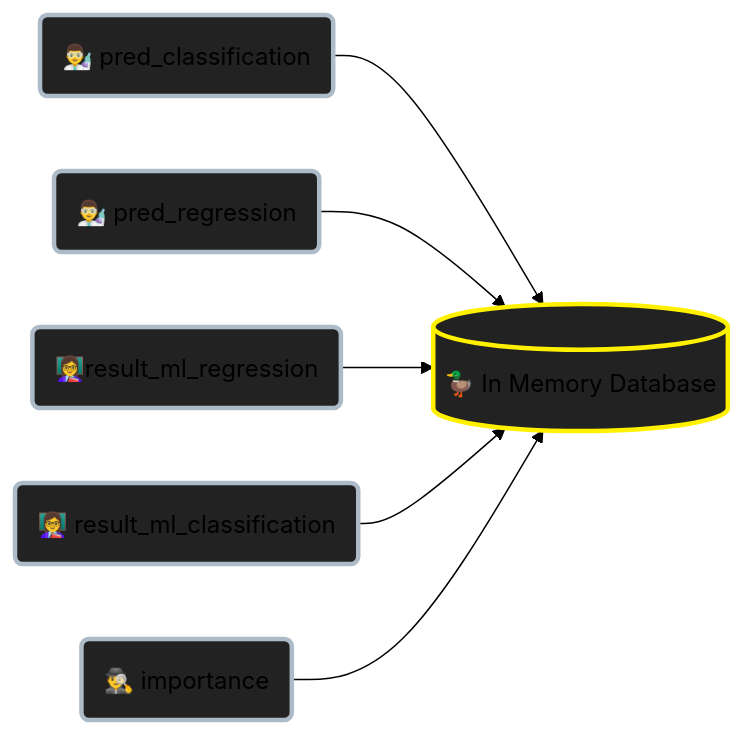
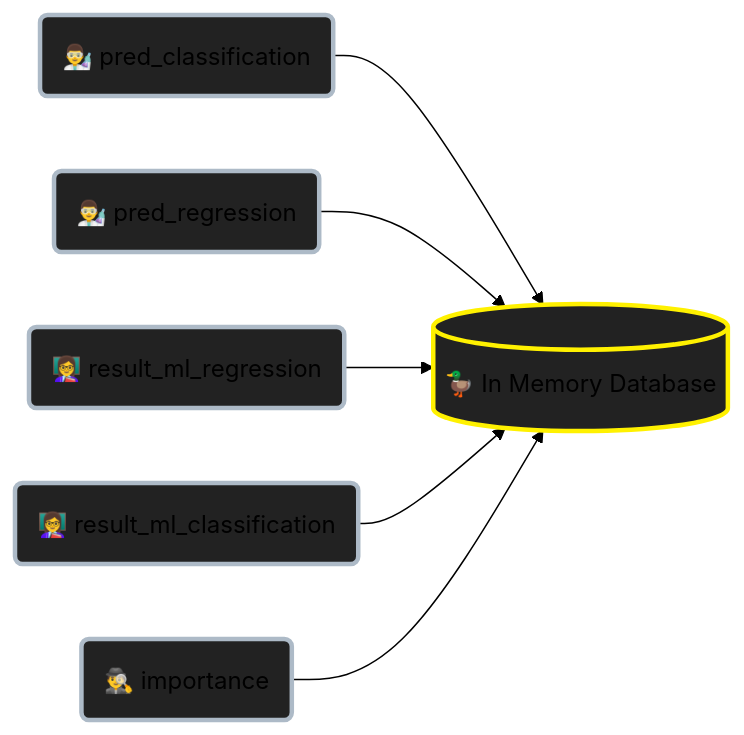
One commit to CDucloux/Wine-Scraping changed the diagram in README.md. Above: the diagram before and after it, drawn with Mermaid (forest theme). The commit also changed other lines of this file and 8 other files, not shown here.

Commit message:
Amélioration de la présentation avec un nouveau diagramme, des `speaker notes`, etc.

````diff
--- a/README.md
+++ b/README.md
@@ -173,15 +173,15 @@
 ```mermaid
 graph LR;
 A("👨‍🔬 pred_classification")-->F;
 B("👨‍🔬 pred_regression")-->F;
-C("👩‍🏫result_ml_regression")-->F;
+C("👩‍🏫 result_ml_regression")-->F;
 D("👩‍🏫 result_ml_classification")-->F;
 E("🕵️‍♂️ importance")-->F[("🦆 In Memory Database")];
 
 style A stroke:#adbac7,stroke-width:3px, fill:#222222;
 style B stroke:#adbac7,stroke-width:3px, fill:#222222;
 style C stroke:#adbac7,stroke-width:3px, fill:#222222;
 style D stroke:#adbac7,stroke-width:3px, fill:#222222;
 style E stroke:#adbac7,stroke-width:3px, fill:#222222;
 style F stroke:#fff100,stroke-width:3px, fill:#222222;
 ```
````
